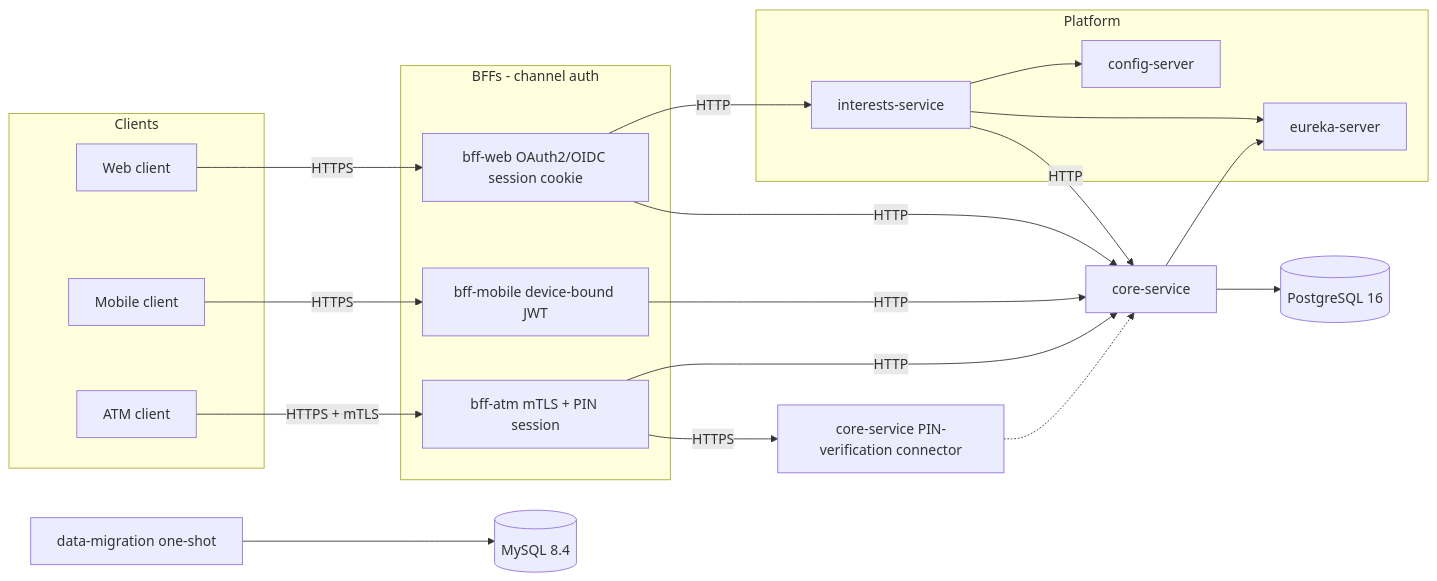
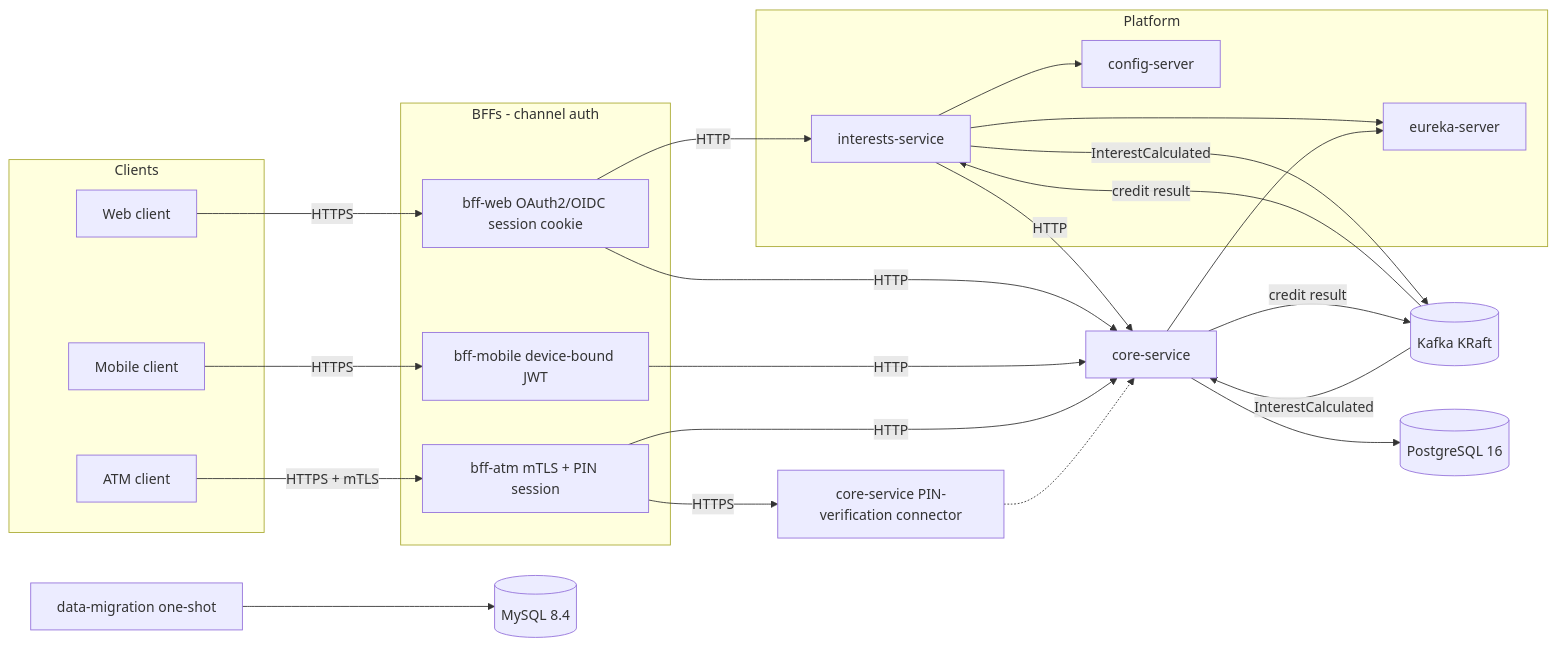
One commit to gustavoduocuc/xyz_bank_server changed the first of 4 diagrams in docs/architecture.md. Above: the diagram before and after it, drawn with Mermaid. The commit also changed other lines of this file and 64 other files, not shown here.

````diff
--- a/docs/architecture.md
+++ b/docs/architecture.md
@@ -11,42 +11,47 @@
 ```mermaid
 flowchart LR
   subgraph clients [Clients]
     WebClient[Web client]
     MobileClient[Mobile client]
     AtmClient[ATM client]
   end
 
   subgraph bffs [BFFs - channel auth]
     BffWeb[bff-web OAuth2/OIDC session cookie]
     BffMobile[bff-mobile device-bound JWT]
     BffAtm[bff-atm mTLS + PIN session]
   end
 
   subgraph platform [Platform]
     ConfigServer[config-server]
     EurekaServer[eureka-server]
     InterestsService[interests-service]
   end
 
   CoreService[core-service]
   CoreServicePin[core-service PIN-verification connector]
+  Kafka[(Kafka KRaft)]
   Postgres[(PostgreSQL 16)]
   MySQL[(MySQL 8.4)]
   Migration[data-migration one-shot]
 
   WebClient -- HTTPS --> BffWeb
   MobileClient -- HTTPS --> BffMobile
   AtmClient -- HTTPS + mTLS --> BffAtm
   BffWeb -- HTTP --> InterestsService
   BffWeb -- HTTP --> CoreService
   BffMobile -- HTTP --> CoreService
   BffAtm -- HTTP --> CoreService
   BffAtm -- HTTPS --> CoreServicePin
   InterestsService --> ConfigServer
   InterestsService --> EurekaServer
   CoreService --> EurekaServer
   InterestsService -- HTTP --> CoreService
+  InterestsService -- "InterestCalculated" --> Kafka
+  Kafka -- "InterestCalculated" --> CoreService
+  CoreService -- "credit result" --> Kafka
+  Kafka -- "credit result" --> InterestsService
   CoreService --> Postgres
   CoreServicePin -.-> CoreService
   Migration --> MySQL
 ```
````
